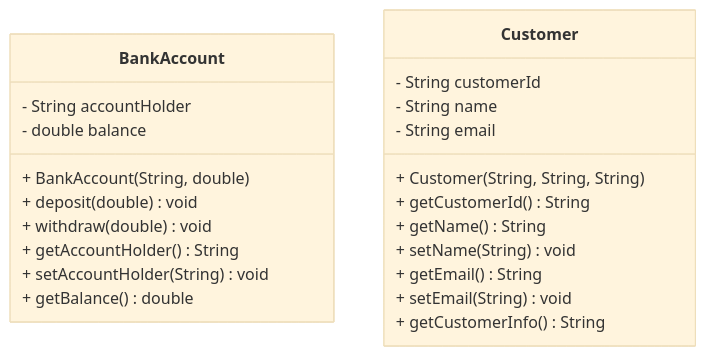
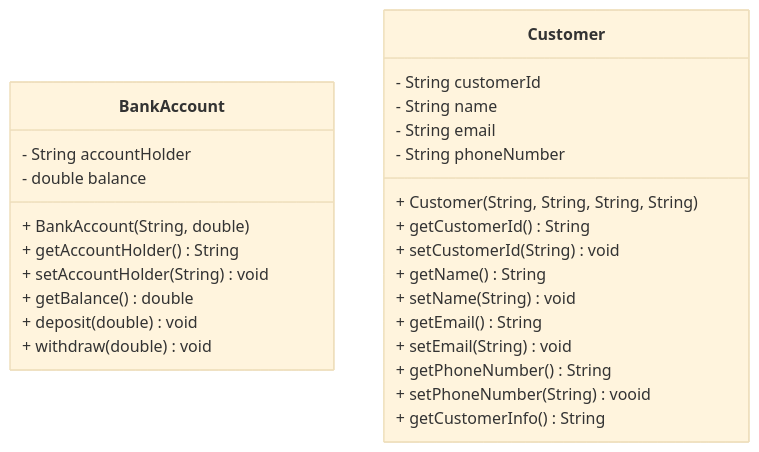
Before and after one commit to SMASobur/OOP1_exercises: the diagram in src/main/java/exercise_2/ULM.mermaid, drawn with Mermaid (base theme). The commit also changed 1 other file, not shown here.

```diff
--- a/src/main/java/exercise_2/ULM.mermaid
+++ b/src/main/java/exercise_2/ULM.mermaid
@@ -1,24 +1,28 @@
 classDiagram
     class BankAccount {
         - String accountHolder
         - double balance
         + BankAccount(String, double)
-        + deposit(double) void
-        + withdraw(double) void
         + getAccountHolder() String
         + setAccountHolder(String) void
         + getBalance() double
+        + deposit(double) void
+        + withdraw(double) void
     }
 
     class Customer {
         - String customerId
         - String name
         - String email
-        + Customer(String, String, String)
+        - String phoneNumber
+        + Customer(String, String, String, String)
         + getCustomerId() String
+        + setCustomerId(String) void
         + getName() String
         + setName(String) void
         + getEmail() String
         + setEmail(String) void
+        + getPhoneNumber() String
+        + setPhoneNumber(String) vooid
         + getCustomerInfo() String
     }
```
